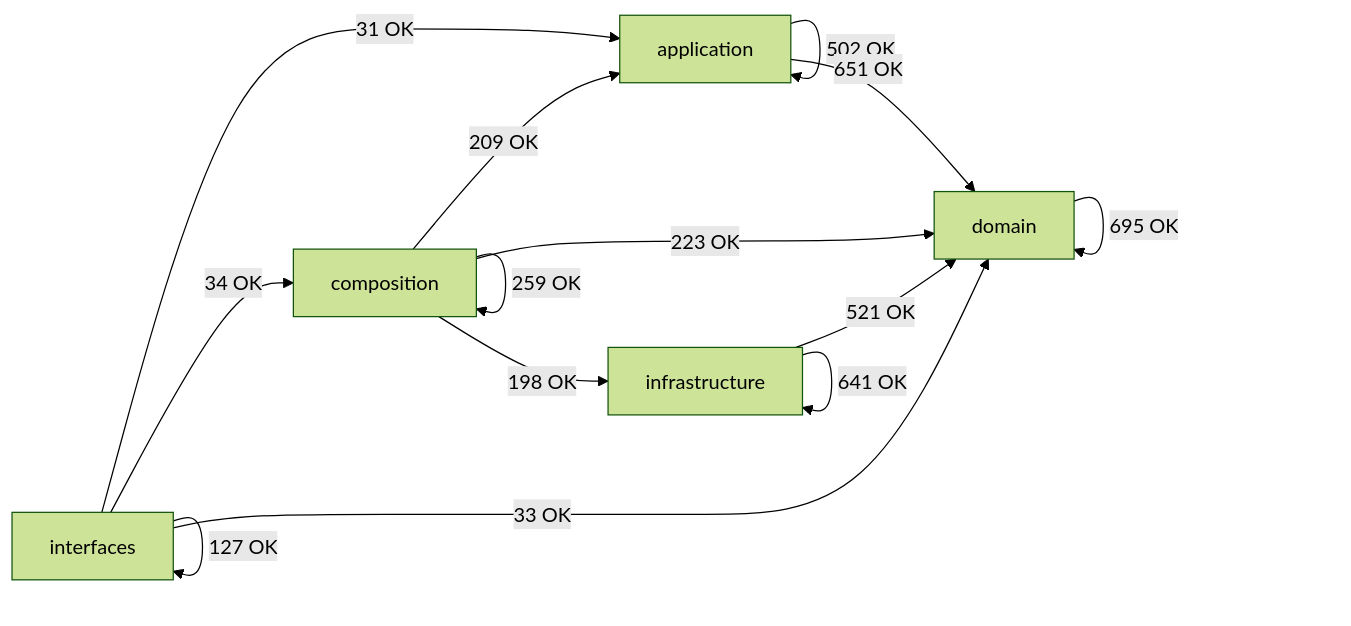
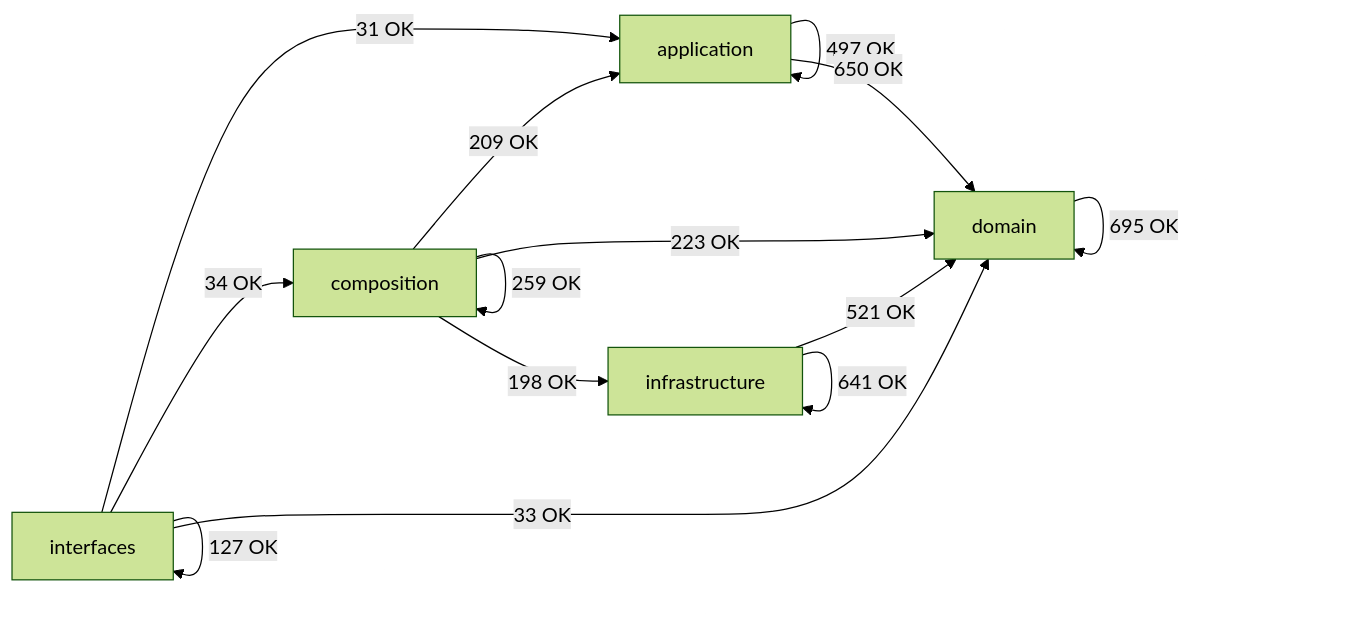
The diagram in docs/02-architecture/generated/module-dependency-map.md (SatoryKono/BioactivityDataAcquisition), drawn with Mermaid (forest theme) before and after one commit. The commit also changed other lines of this file and 126 other files, not shown here.

````diff
--- a/docs/02-architecture/generated/module-dependency-map.md
+++ b/docs/02-architecture/generated/module-dependency-map.md
@@ -16,21 +16,21 @@
 ```mermaid
 flowchart LR
     domain[domain]
     application[application]
     infrastructure[infrastructure]
     composition[composition]
     interfaces[interfaces]
-    application -->|502 OK| application
-    application -->|651 OK| domain
+    application -->|497 OK| application
+    application -->|650 OK| domain
     composition -->|209 OK| application
     composition -->|259 OK| composition
     composition -->|223 OK| domain
     composition -->|198 OK| infrastructure
     domain -->|695 OK| domain
     infrastructure -->|521 OK| domain
     infrastructure -->|641 OK| infrastructure
     interfaces -->|31 OK| application
     interfaces -->|34 OK| composition
     interfaces -->|33 OK| domain
     interfaces -->|127 OK| interfaces
 ```
````
